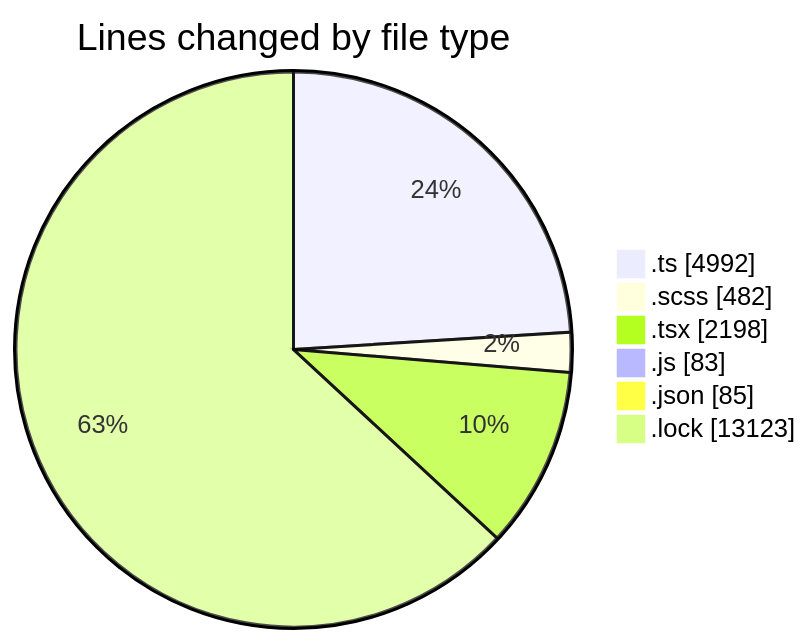
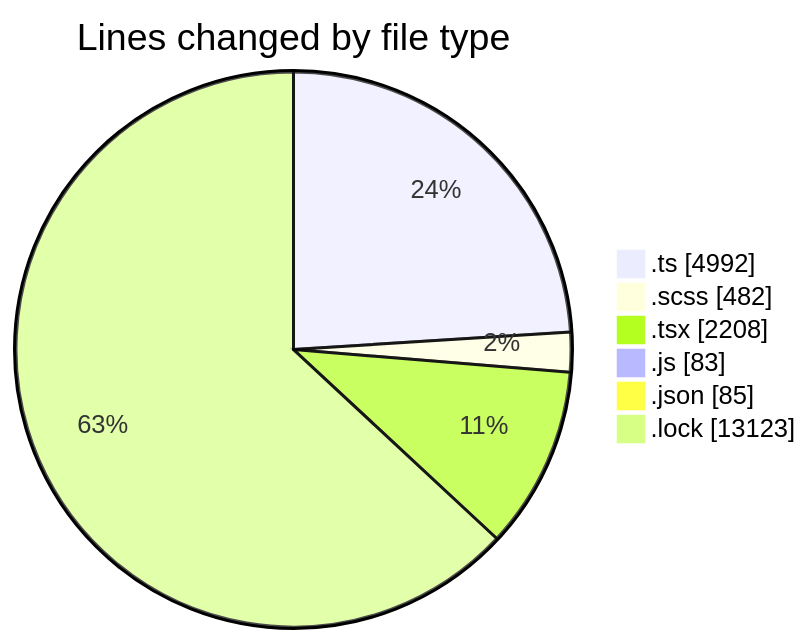
One commit to momahboobian/code-tracking changed the first of 2 diagrams in 2025-09-12/cda/README.md. Above: the diagram before and after it, drawn with Mermaid. The commit also changed other lines of this file and 1 other file, not shown here.

````diff
--- a/2025-09-12/cda/README.md
+++ b/2025-09-12/cda/README.md
@@ -34,10 +34,10 @@
 ```mermaid
 pie showData
 title Lines changed by file type
 ".ts" : 4992
 ".scss" : 482
-".tsx" : 2198
+".tsx" : 2208
 ".js" : 83
 ".json" : 85
 ".lock" : 13123
 ```
````
